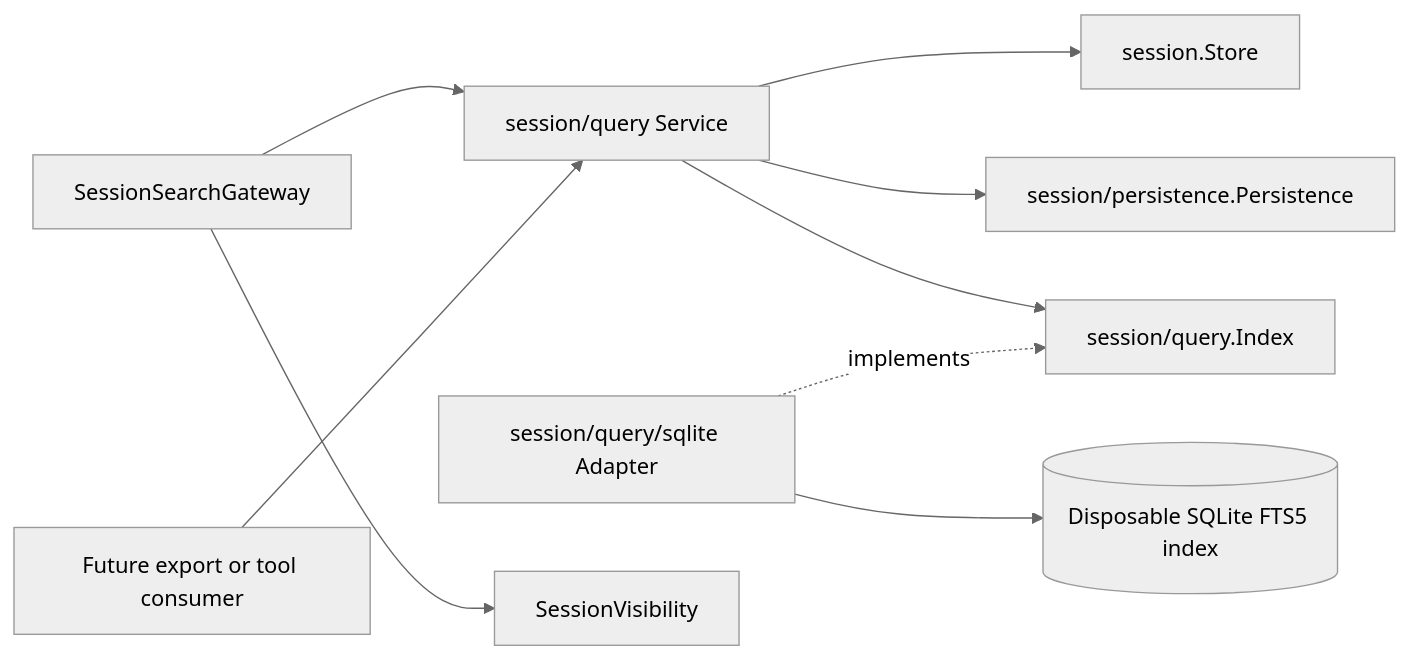
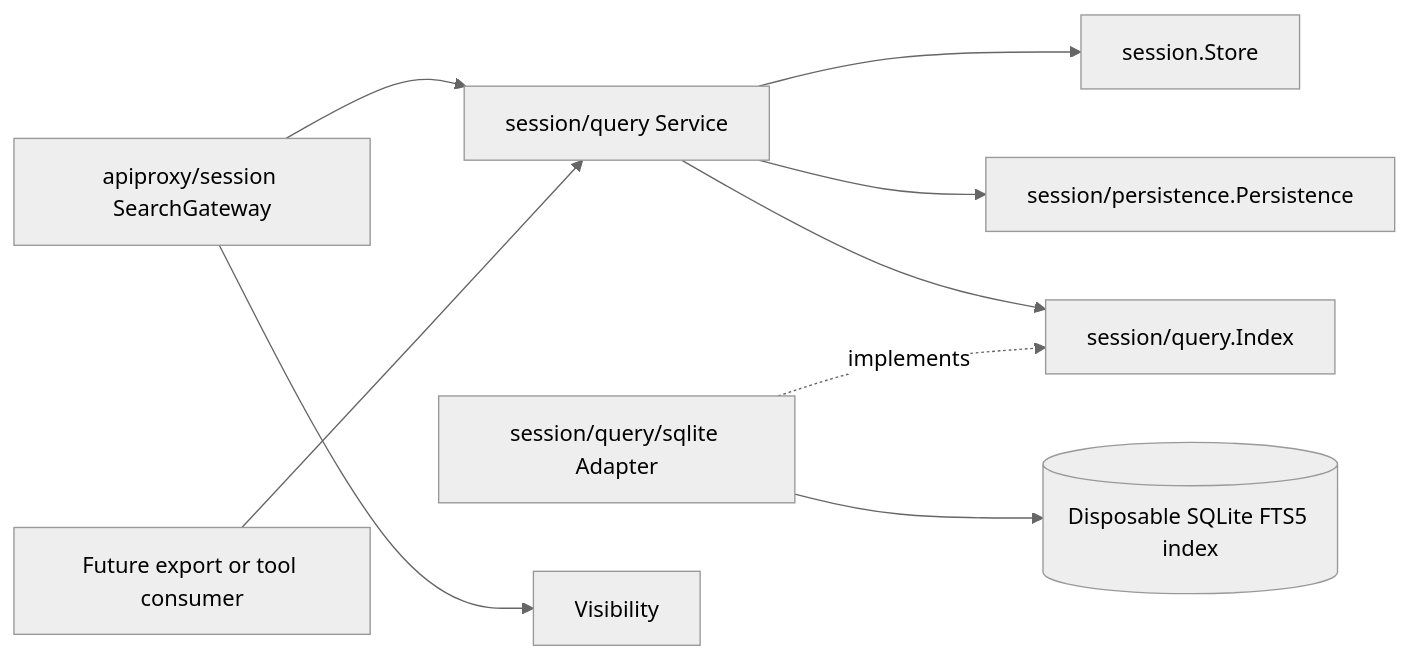
Before and after one commit to gorenx/goren: the first of 3 diagrams in zh-CN/23-session-query-and-search.md, drawn with Mermaid (neutral theme). The commit also changed other lines of this file and 10 other files, not shown here.

Commit message:
docs(apiproxy): document session ownership split

````diff
--- a/zh-CN/23-session-query-and-search.md
+++ b/zh-CN/23-session-query-and-search.md
@@ -25,11 +25,11 @@
 ```mermaid
 flowchart LR
-    API[SessionSearchGateway] --> Q[session/query Service]
+    API[apiproxy/session SearchGateway] --> Q[session/query Service]
     OTHER[Future export or tool consumer] --> Q
     Q --> LIVE[session.Store]
     Q --> P[session/persistence.Persistence]
     Q --> I[session/query.Index]
     SQLITE[session/query/sqlite Adapter] -. implements .-> I
     SQLITE --> DB[(Disposable SQLite FTS5 index)]
-    API --> V[SessionVisibility]
+    API --> V[Visibility]
 ```
````
